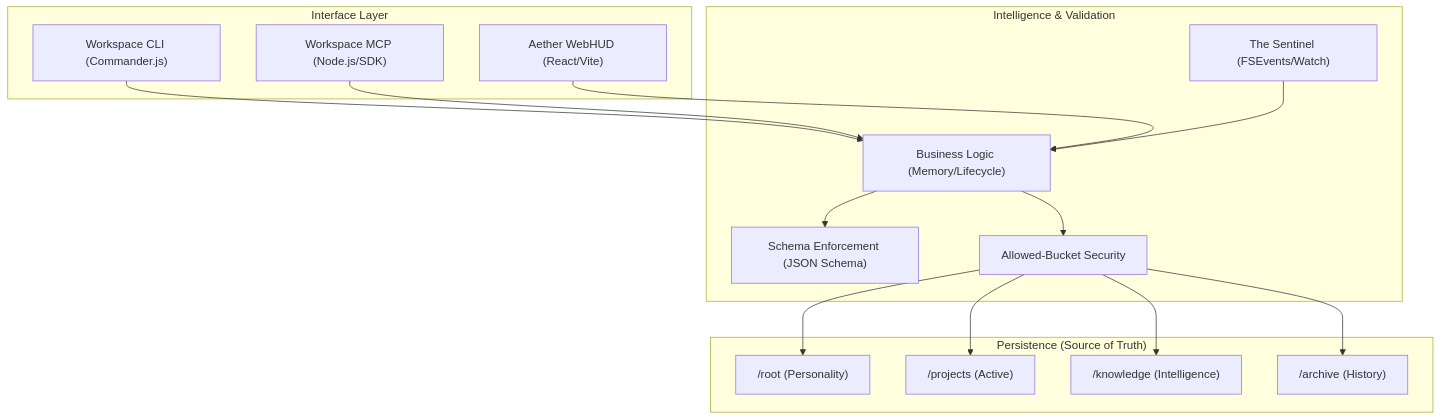
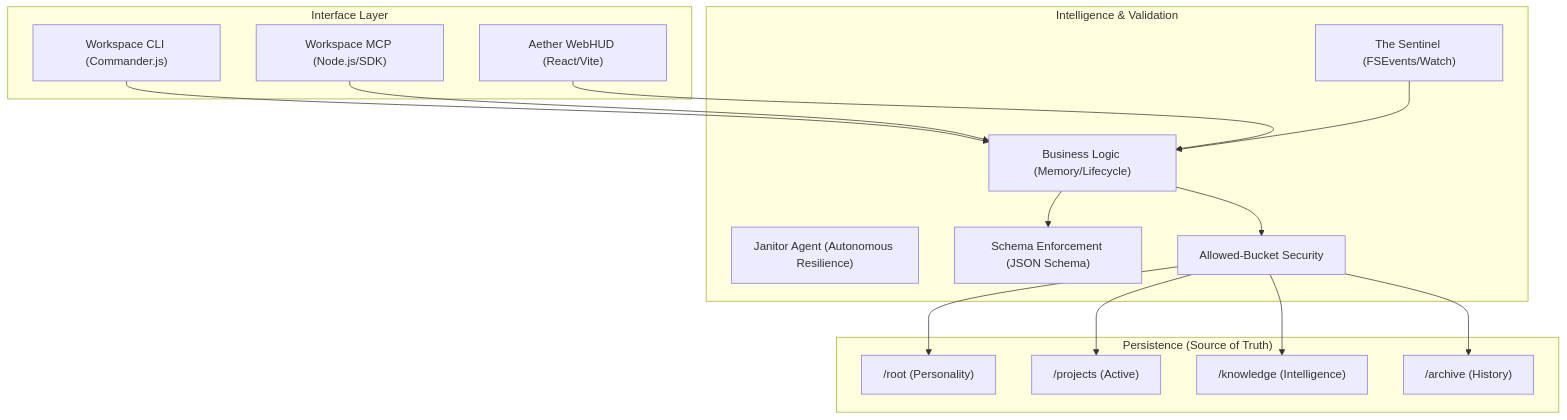
Before and after one commit to sairam0424/ContextOS: the first of 2 diagrams in docs/architecture.md, drawn with Mermaid. The commit also changed other lines of this file and 2 other files, not shown here.

Commit message:
docs: formalize Nexus Edition v1.11.0 with Janitor and Spatial RAG

````diff
--- a/docs/architecture.md
+++ b/docs/architecture.md
@@ -11,33 +11,34 @@
 ```mermaid
 graph TD
     subgraph "Interface Layer"
         CLI["Workspace CLI (Commander.js)"]
         MCP["Workspace MCP (Node.js/SDK)"]
         HUD["Aether WebHUD (React/Vite)"]
     end
 
     subgraph "Intelligence & Validation"
         Logic["Business Logic (Memory/Lifecycle)"]
         Sentinel["The Sentinel (FSEvents/Watch)"]
+        Janitor["Janitor Agent (Autonomous Resilience)"]
         Schema["Schema Enforcement (JSON Schema)"]
         Security["Allowed-Bucket Security"]
     end
 
     subgraph "Persistence (Source of Truth)"
         Root["/root (Personality)"]
         Projects["/projects (Active)"]
         Knowledge["/knowledge (Intelligence)"]
         Archive["/archive (History)"]
     end
 
     CLI --> Logic
     MCP --> Logic
     HUD --> Logic
     Sentinel --> Logic
     Logic --> Schema
     Logic --> Security
     Security --> Root
     Security --> Projects
     Security --> Knowledge
     Security --> Archive
 ```
````
